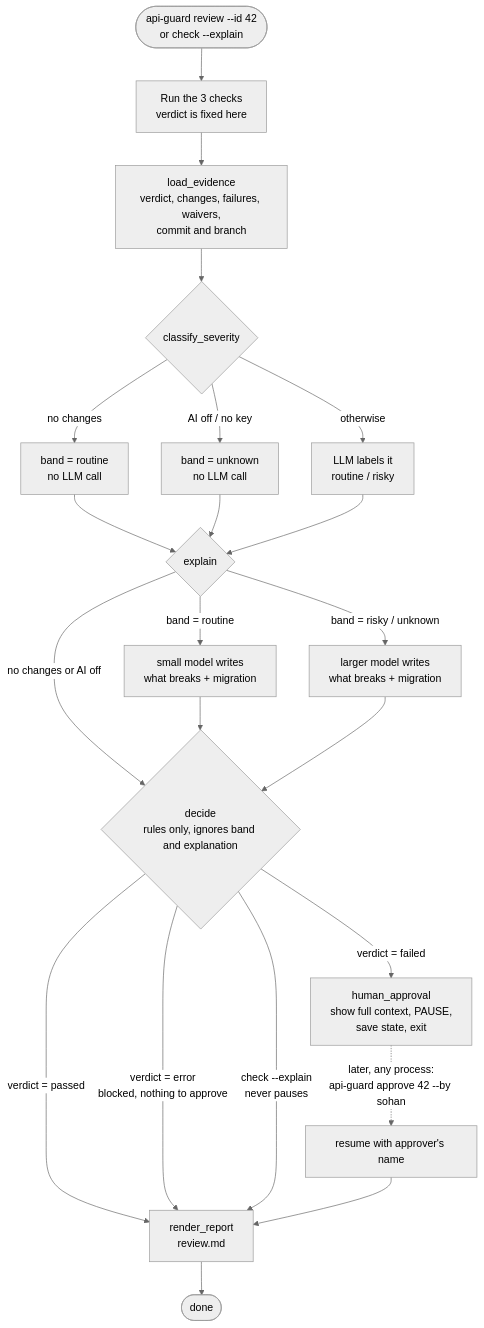
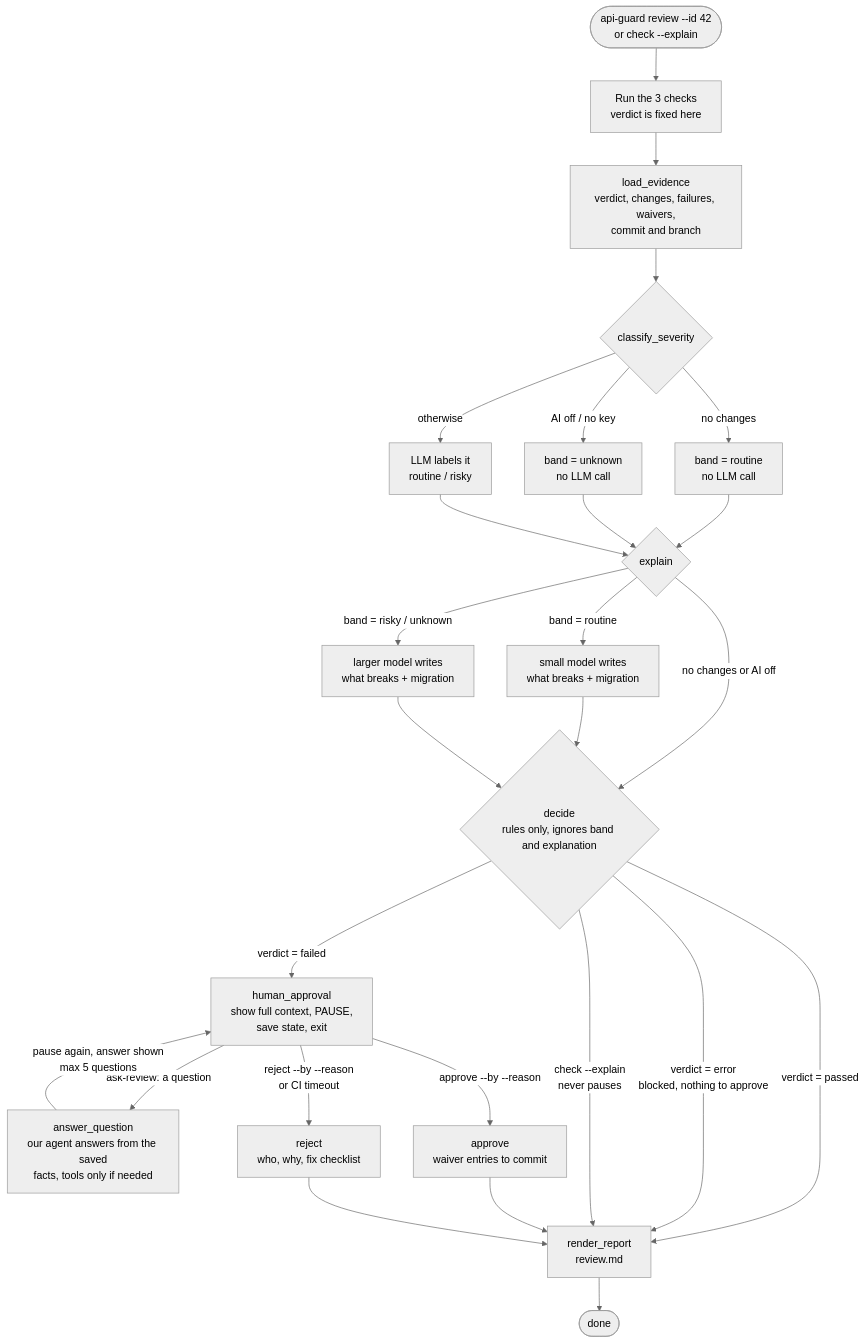
The seventh of 12 diagrams in README.md (stimpy3/ApiGuard), drawn with Mermaid (neutral theme) before and after one commit. The commit also changed other lines of this file and 7 other files, not shown here.

First line of the commit message:
Approve, reject or ask: three routes out of a paused review

````diff
--- a/README.md
+++ b/README.md
@@ -589,26 +589,30 @@
 ```mermaid
 flowchart TD
     S(["api-guard review --id 42<br/>or check --explain"]) --> C["Run the 3 checks<br/>verdict is fixed here"]
     C --> L["load_evidence<br/>verdict, changes, failures, waivers,<br/>commit and branch"]
     L --> T{"classify_severity"}
     T -->|"no changes"| T1["band = routine<br/>no LLM call"]
     T -->|"AI off / no key"| T2["band = unknown<br/>no LLM call"]
     T -->|"otherwise"| T3["LLM labels it<br/>routine / risky"]
     T1 --> X
     T2 --> X
     T3 --> X
     X{"explain"}
     X -->|"no changes or AI off"| D
     X -->|"band = routine"| X1["small model writes<br/>what breaks + migration"]
     X -->|"band = risky / unknown"| X2["larger model writes<br/>what breaks + migration"]
     X1 --> D
     X2 --> D
     D{"decide<br/>rules only, ignores band and explanation"}
     D -->|"verdict = passed"| R["render_report<br/>review.md"]
     D -->|"verdict = error<br/>blocked, nothing to approve"| R
     D -->|"check --explain<br/>never pauses"| R
     D -->|"verdict = failed"| H["human_approval<br/>show full context, PAUSE,<br/>save state, exit"]
-    H -. "later, any process:<br/>api-guard approve 42 --by sohan" .-> H2["resume with approver's name"]
-    H2 --> R
+    H -->|"ask-review: a question"| Q["answer_question<br/>our agent answers from the saved<br/>facts, tools only if needed"]
+    Q -->|"pause again, answer shown<br/>max 5 questions"| H
+    H -->|"approve --by --reason"| A["approve<br/>waiver entries to commit"]
+    H -->|"reject --by --reason<br/>or CI timeout"| J["reject<br/>who, why, fix checklist"]
+    A --> R
+    J --> R
     R --> END(["done"])
 ```
````
